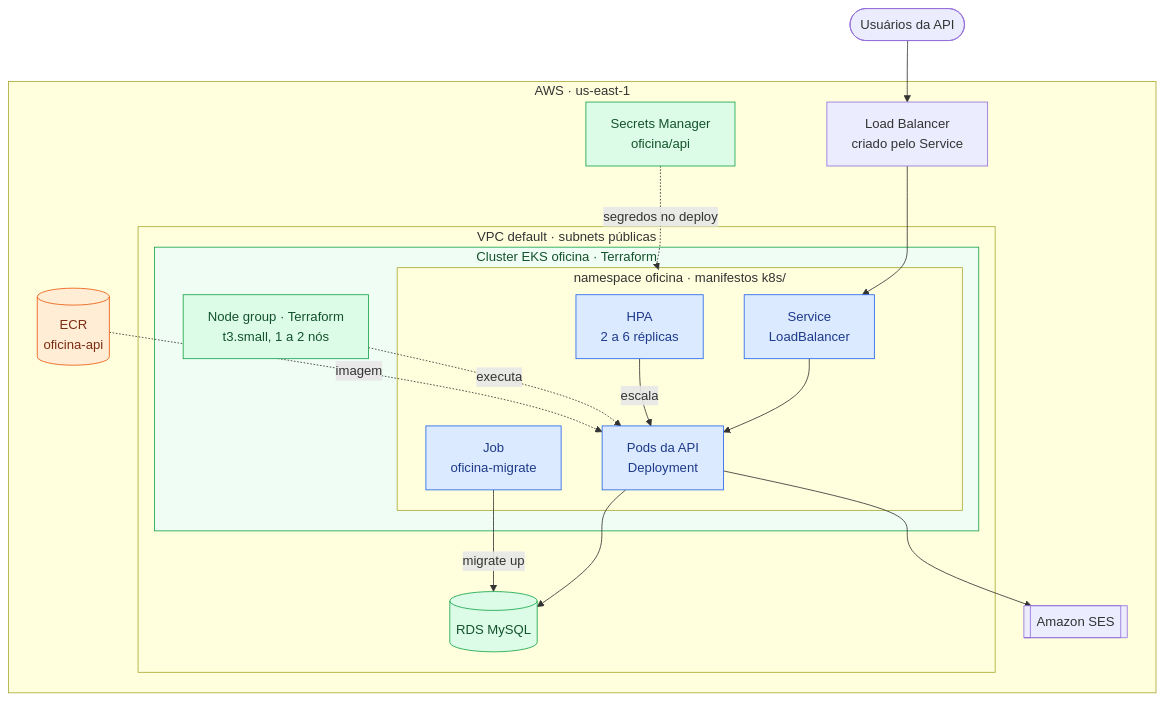
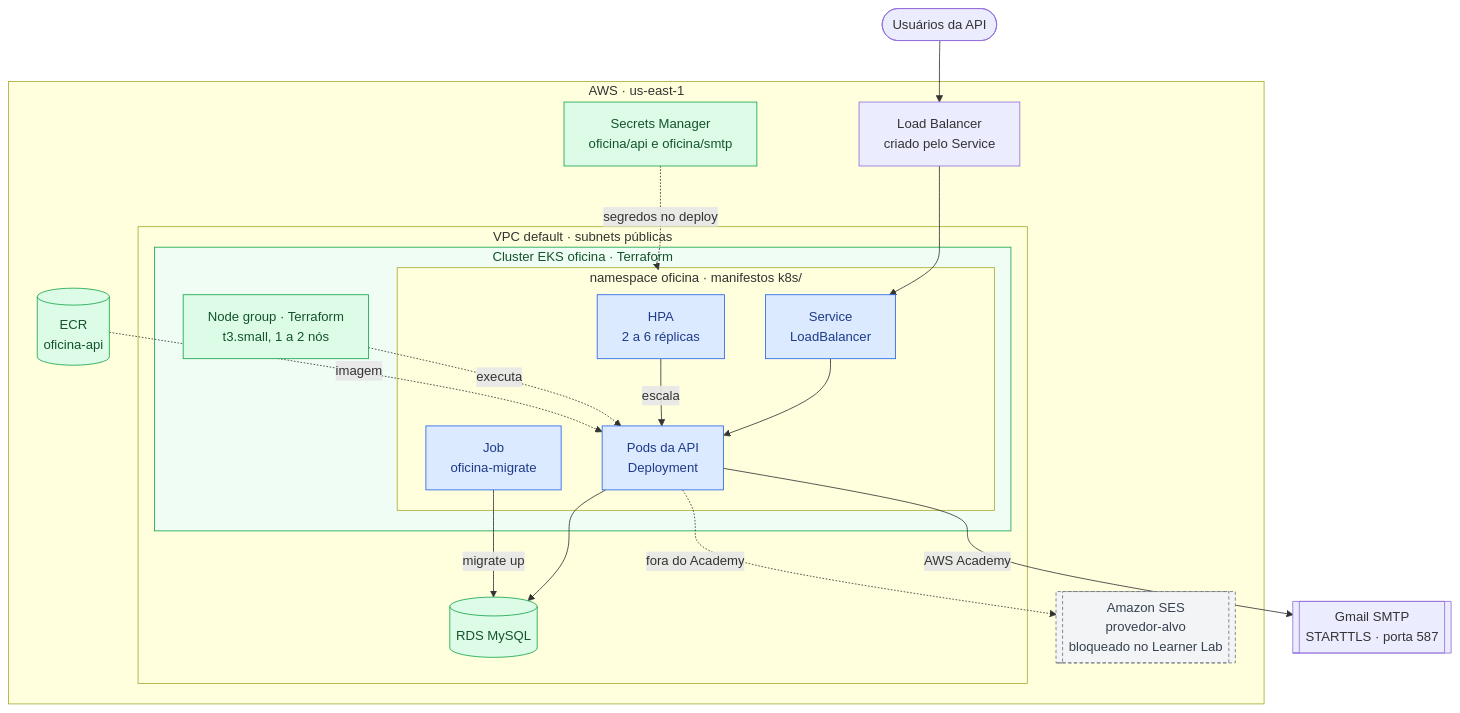
One commit to muriloperosa/soat-architecture changed the third of 4 diagrams in README.md. Above: the diagram before and after it, drawn with Mermaid. The commit also changed other lines of this file and 31 other files, not shown here.

````diff
--- a/README.md
+++ b/README.md
@@ -125,44 +128,45 @@
 ```mermaid
 flowchart TB
     usuario(["Usuários da API"]) --> lb
 
     subgraph aws["AWS · us-east-1"]
         lb["Load Balancer<br/>criado pelo Service"]
         ecr[("ECR<br/>oficina-api")]
-        sm["Secrets Manager<br/>oficina/api"]
-        ses[["Amazon SES"]]
+        sm["Secrets Manager<br/>oficina/api e oficina/smtp"]
+        ses[["Amazon SES<br/>provedor-alvo<br/>bloqueado no Learner Lab"]]
 
         subgraph vpc["VPC default · subnets públicas"]
             rds[("RDS MySQL")]
 
             subgraph eks["Cluster EKS oficina · Terraform"]
                 nodes["Node group · Terraform<br/>t3.small, 1 a 2 nós"]
 
                 subgraph ns["namespace oficina · manifestos k8s/"]
                     svc["Service<br/>LoadBalancer"]
                     pods["Pods da API<br/>Deployment"]
                     hpa["HPA<br/>2 a 6 réplicas"]
                     job["Job<br/>oficina-migrate"]
                     svc --> pods
                     hpa -->|escala| pods
                 end
             end
         end
     end
 
     lb --> svc
     nodes -.->|executa| pods
     pods --> rds
     job -->|migrate up| rds
-    pods --> ses
+    pods -.->|fora do Academy| ses
+    pods -->|AWS Academy| smtp[["Gmail SMTP<br/>STARTTLS · porta 587"]]
     ecr -.->|imagem| pods
     sm -.->|segredos no deploy| ns
 
     classDef terraform fill:#dcfce7,stroke:#16a34a,color:#14532d
-    classDef manual fill:#ffedd5,stroke:#ea580c,color:#7c2d12
     classDef k8s fill:#dbeafe,stroke:#2563eb,color:#1e3a8a
-    class nodes,rds,sm terraform
-    class ecr manual
+    classDef target fill:#f3f4f6,stroke:#6b7280,color:#374151,stroke-dasharray:4 3
+    class nodes,rds,sm,ecr terraform
+    class ses target
     class svc,pods,hpa,job k8s
     style eks fill:#f0fdf4,stroke:#16a34a,color:#14532d
 ```
````
